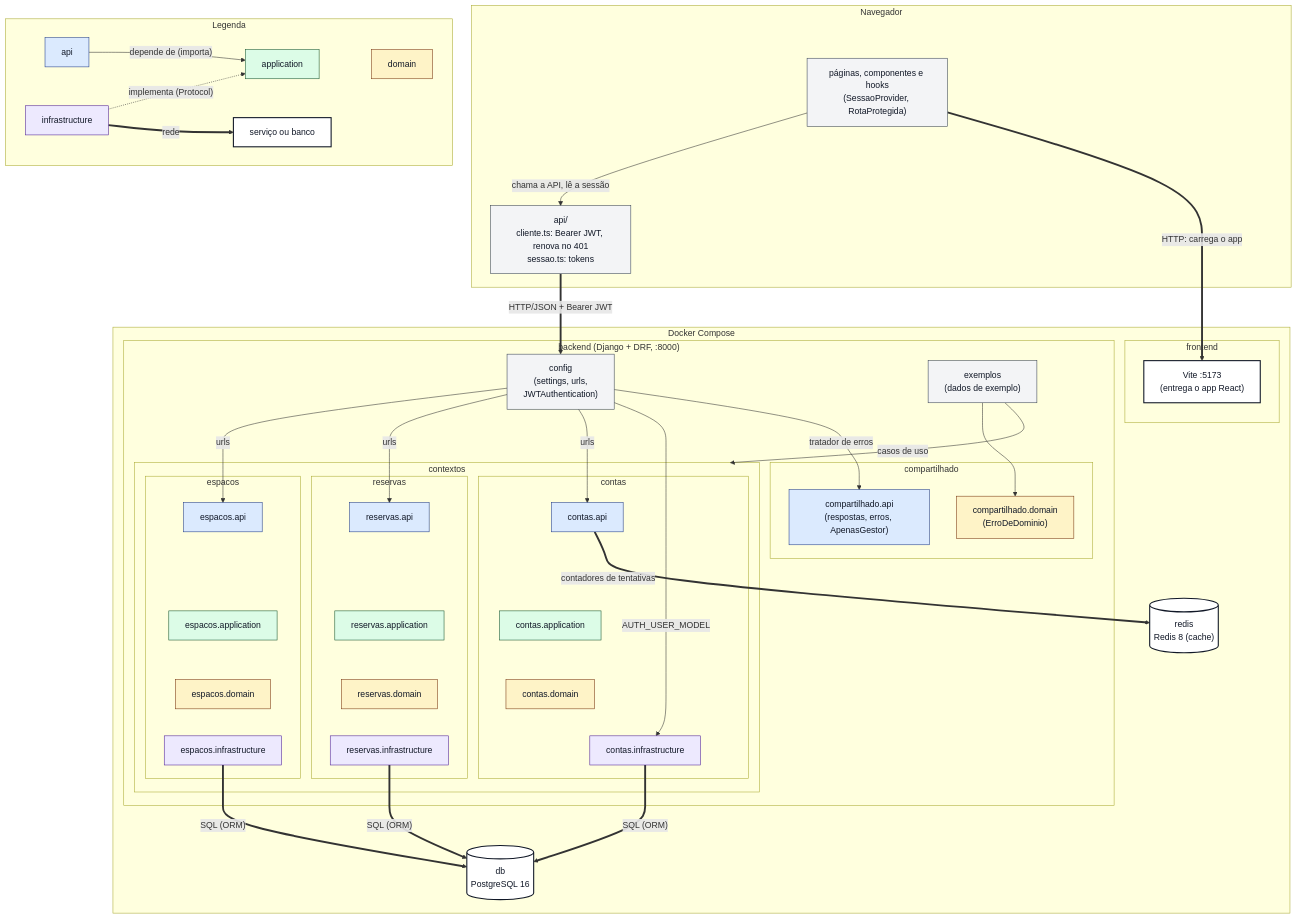
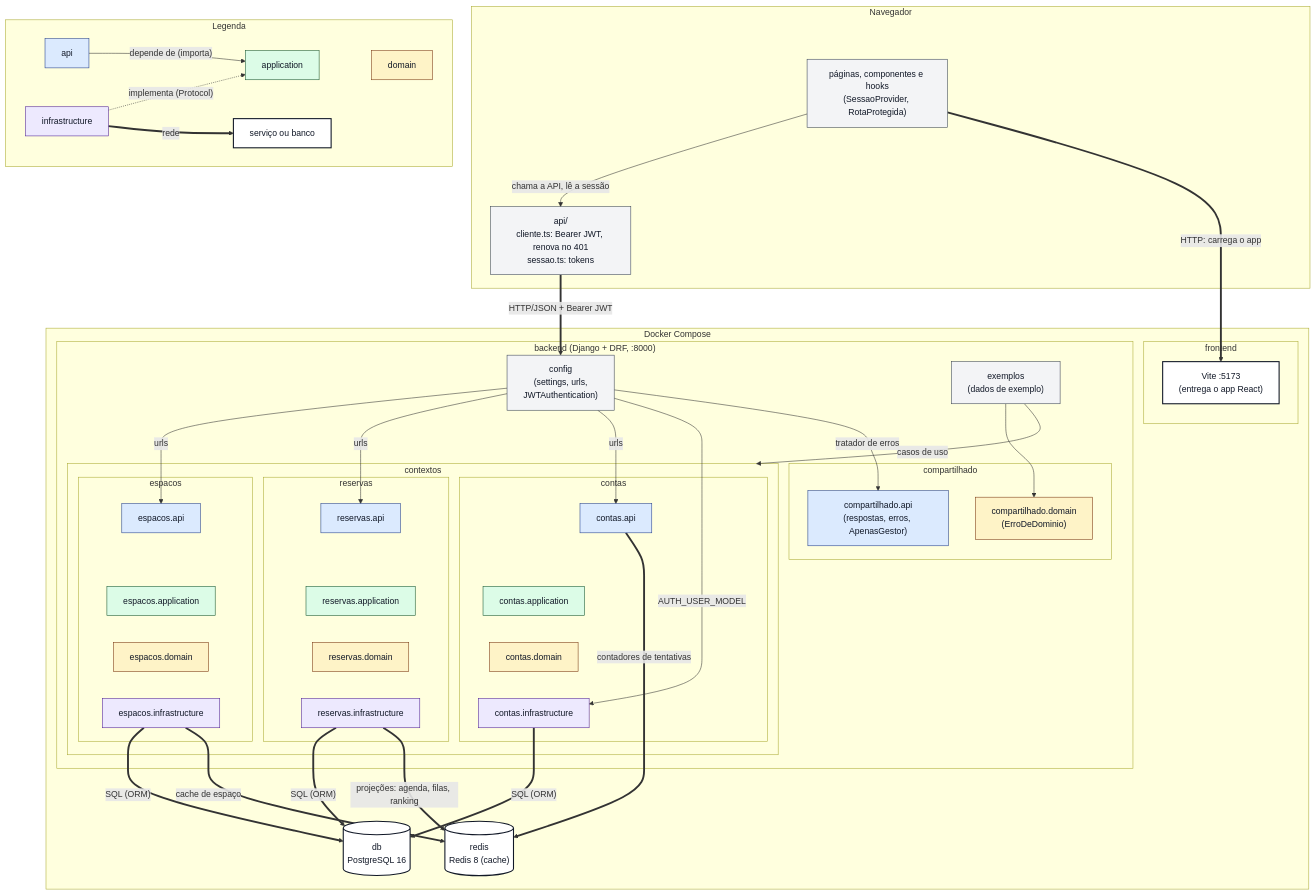
One commit to maxzdosreis/PP_Grupo03_ConectaCampus changed the diagram in docs/fontes/modelagem/visao-geral.mmd. Above: the diagram before and after it, drawn with Mermaid. The commit also changed 15 other files, not shown here.

Commit message:
docs(modelagem): documenta o Redis como projeção da agenda, do índice, do ranking e do espaço

```diff
--- a/docs/fontes/modelagem/visao-geral.mmd
+++ b/docs/fontes/modelagem/visao-geral.mmd
@@ -1,140 +1,144 @@
 flowchart TB
 %% Figura 1 — Visão geral do Conecta Campus (DOC-01).
 %% Fonte versionada. visao-geral.svg e visao-geral.png são GERADOS a partir deste arquivo
 %% (comando no README.md desta pasta); nunca edite as imagens à mão.
 %% Mapeamento nó → código, conferido por scripts/verificar_visao_do_sistema.py:
 %% servico: SVC_FRONT = frontend
 %% servico: SVC_BACK = backend
 %% servico: PG = db
 %% imagem: db = postgres:16-alpine
 %% servico: REDIS = redis
 %% imagem: redis = redis:8-alpine
 %% caminho: VITE = src/frontend/vite.config.ts
 %% caminho: FE_UI = src/frontend/src - src/frontend/src/api
 %% caminho: FE_API = src/frontend/src/api
 %% modulo: CONFIG = config
 %% modulo: ESP_API = espacos.api
 %% modulo: ESP_APP = espacos.application
 %% modulo: ESP_DOM = espacos.domain
 %% modulo: ESP_INFRA = espacos.infrastructure
 %% modulo: RES_API = reservas.api
 %% modulo: RES_APP = reservas.application
 %% modulo: RES_DOM = reservas.domain
 %% modulo: RES_INFRA = reservas.infrastructure
 %% modulo: CON_API = contas.api
 %% modulo: CON_APP = contas.application
 %% modulo: CON_DOM = contas.domain
 %% modulo: CON_INFRA = contas.infrastructure
 %% modulo: COMP_API = compartilhado.api
 %% modulo: COMP_DOM = compartilhado.domain
 %% modulo: EXEMPLOS = exemplos
 %% Relações sem import (rede ou referência por texto), com o arquivo e o trecho que as provam:
 %% sem-import: FE_UI -> VITE | src/docker-compose.yml | npm run dev
 %% sem-import: FE_API -> CONFIG | src/frontend/src/api/cliente.ts | Bearer ${access}
 %% sem-import: CONFIG -> ESP_API | src/backend/config/urls.py | include("espacos.api.urls")
 %% sem-import: CONFIG -> RES_API | src/backend/config/urls.py | include("reservas.api.urls")
 %% sem-import: CONFIG -> CON_API | src/backend/config/urls.py | include("contas.api.urls")
 %% sem-import: CONFIG -> COMP_API | src/backend/config/settings.py | "EXCEPTION_HANDLER": "compartilhado.api.tratador_de_erros.tratar_excecao"
 %% sem-import: CONFIG -> CON_INFRA | src/backend/config/settings.py | AUTH_USER_MODEL = "contas.Usuario"
 %% sem-import: ESP_INFRA -> PG | src/backend/config/settings.py | "ENGINE": "django.db.backends.postgresql"
 %% sem-import: RES_INFRA -> PG | src/backend/config/settings.py | "ENGINE": "django.db.backends.postgresql"
 %% sem-import: CON_INFRA -> PG | src/backend/config/settings.py | "ENGINE": "django.db.backends.postgresql"
 %% sem-import: CON_API -> REDIS | src/backend/config/settings.py | "BACKEND": "django.core.cache.backends.redis.RedisCache"
+%% sem-import: RES_INFRA -> REDIS | src/backend/config/settings.py | "BACKEND": "django.core.cache.backends.redis.RedisCache"
+%% sem-import: ESP_INFRA -> REDIS | src/backend/config/settings.py | "BACKEND": "django.core.cache.backends.redis.RedisCache"
 %% As setas entre as camadas de um mesmo contexto, as de cada contexto para compartilhado e a única
 %% ligação entre contextos (reservas.infrastructure → espacos.publico) estão na Figura 2
 %% (regras-de-dependencia.mmd); aqui elas cruzariam a figura toda e dobrariam a altura.
 %% CTXS só agrupa os três contextos na figura; não é um pacote.
 %% As ligações ~~~ são invisíveis: só empilham as camadas na ordem api, application, domain, infrastructure.
 
   subgraph NAV["Navegador"]
     FE_UI["páginas, componentes e hooks<br/>(SessaoProvider, RotaProtegida)"]:::outro
     FE_API["api/<br/>cliente.ts: Bearer JWT, renova no 401<br/>sessao.ts: tokens"]:::outro
   end
 
   subgraph COMPOSE["Docker Compose"]
     subgraph SVC_FRONT["frontend"]
       VITE["Vite :5173<br/>(entrega o app React)"]:::externo
     end
 
     subgraph SVC_BACK["backend (Django + DRF, :8000)"]
       CONFIG["config<br/>(settings, urls,<br/>JWTAuthentication)"]:::outro
       EXEMPLOS["exemplos<br/>(dados de exemplo)"]:::outro
 
       subgraph CTXS["contextos"]
         subgraph ESP["espacos"]
           ESP_API["espacos.api"]:::api
           ESP_APP["espacos.application"]:::application
           ESP_DOM["espacos.domain"]:::domain
           ESP_INFRA["espacos.infrastructure"]:::infrastructure
         end
 
         subgraph RES["reservas"]
           RES_API["reservas.api"]:::api
           RES_APP["reservas.application"]:::application
           RES_DOM["reservas.domain"]:::domain
           RES_INFRA["reservas.infrastructure"]:::infrastructure
         end
 
         subgraph CON["contas"]
           CON_API["contas.api"]:::api
           CON_APP["contas.application"]:::application
           CON_DOM["contas.domain"]:::domain
           CON_INFRA["contas.infrastructure"]:::infrastructure
         end
       end
 
       subgraph COMP["compartilhado"]
         COMP_API["compartilhado.api<br/>(respostas, erros, ApenasGestor)"]:::api
         COMP_DOM["compartilhado.domain<br/>(ErroDeDominio)"]:::domain
       end
     end
 
     PG[("db<br/>PostgreSQL 16")]:::externo
     REDIS[("redis<br/>Redis 8 (cache)")]:::externo
   end
 
   ESP_API ~~~ ESP_APP
   ESP_APP ~~~ ESP_DOM
   ESP_DOM ~~~ ESP_INFRA
   RES_API ~~~ RES_APP
   RES_APP ~~~ RES_DOM
   RES_DOM ~~~ RES_INFRA
   CON_API ~~~ CON_APP
   CON_APP ~~~ CON_DOM
   CON_DOM ~~~ CON_INFRA
 
   FE_UI -->|"chama a API, lê a sessão"| FE_API
   FE_UI ==>|"HTTP: carrega o app"| VITE
   FE_API ==>|"HTTP/JSON + Bearer JWT"| CONFIG
 
   CONFIG -->|"urls"| ESP_API
   CONFIG -->|"urls"| RES_API
   CONFIG -->|"urls"| CON_API
   CONFIG -->|"AUTH_USER_MODEL"| CON_INFRA
   CONFIG -->|"tratador de erros"| COMP_API
   EXEMPLOS -->|"casos de uso"| CTXS
   EXEMPLOS --> COMP_DOM
 
   ESP_INFRA ==>|"SQL (ORM)"| PG
   RES_INFRA ==>|"SQL (ORM)"| PG
   CON_INFRA ==>|"SQL (ORM)"| PG
   CON_API ==>|"contadores de tentativas"| REDIS
+  RES_INFRA ==>|"projeções: agenda, filas, ranking"| REDIS
+  ESP_INFRA ==>|"cache de espaço"| REDIS
 
   subgraph LEGENDA["Legenda"]
     LEG_A["api"]:::api
     LEG_B["application"]:::application
     LEG_C["domain"]:::domain
     LEG_D["infrastructure"]:::infrastructure
     LEG_E["serviço ou banco"]:::externo
   end
   LEG_A -->|"depende de (importa)"| LEG_B
   LEG_D -.->|"implementa (Protocol)"| LEG_B
   LEG_D ==>|"rede"| LEG_E
   LEG_B ~~~ LEG_C
 
   classDef api fill:#dbeafe,stroke:#1e3a8a,color:#111827
   classDef application fill:#dcfce7,stroke:#14532d,color:#111827
   classDef domain fill:#fef3c7,stroke:#78350f,color:#111827
   classDef infrastructure fill:#ede9fe,stroke:#4c1d95,color:#111827
   classDef outro fill:#f3f4f6,stroke:#374151,color:#111827
   classDef externo fill:#ffffff,stroke:#111827,color:#111827,stroke-width:2px
```
